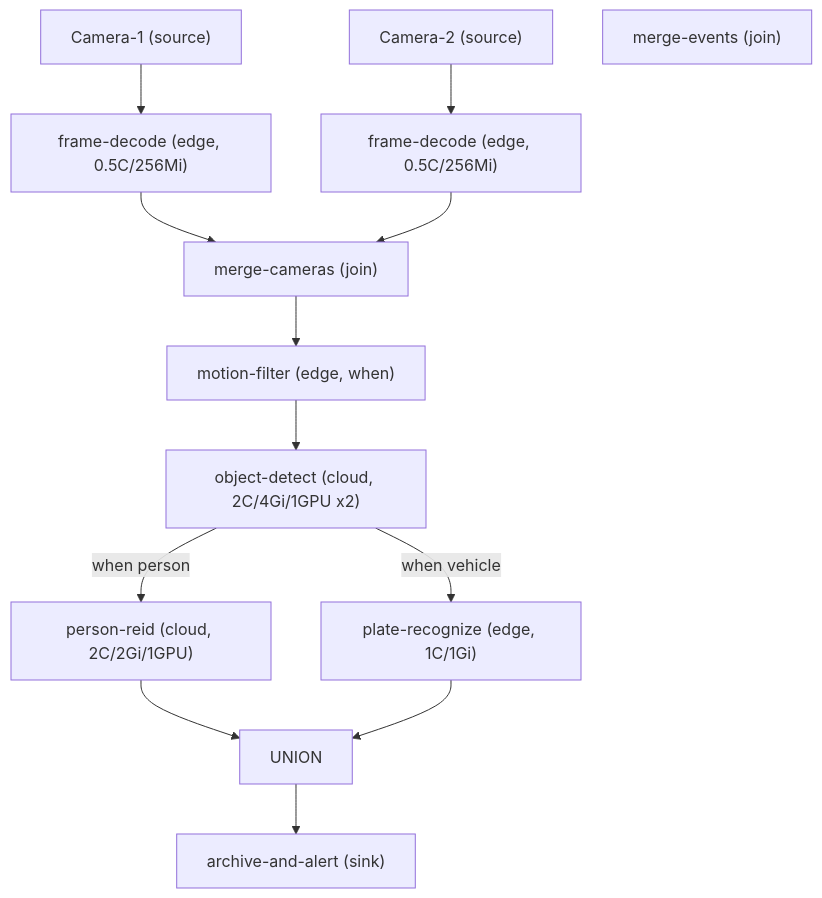
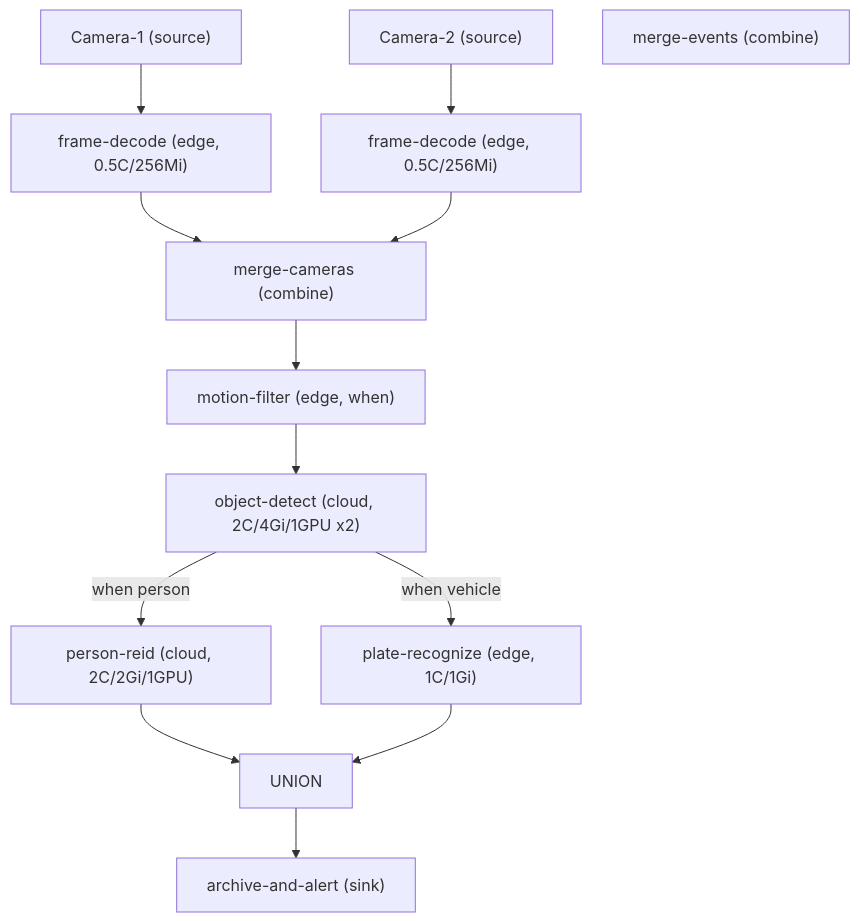
Before and after one commit to Kekwy/iarnet: the diagram in iarnet-example/README.md, drawn with Mermaid. The commit also changed other lines of this file and 21 other files, not shown here.

Commit message:
refactor: join -> combine

````diff
--- a/iarnet-example/README.md
+++ b/iarnet-example/README.md
@@ -15,26 +15,26 @@
 ```mermaid
 flowchart TD
     CAM1["Camera-1 (source)"]
     CAM2["Camera-2 (source)"]
     DEC1["frame-decode (edge, 0.5C/256Mi)"]
     DEC2["frame-decode (edge, 0.5C/256Mi)"]
-    MERGE["merge-cameras (join)"]
+    MERGE["merge-cameras (combine)"]
     MOTION["motion-filter (edge, when)"]
     DETECT["object-detect (cloud, 2C/4Gi/1GPU x2)"]
     PERSON["person-reid (cloud, 2C/2Gi/1GPU)"]
     VEHICLE["plate-recognize (edge, 1C/1Gi)"]
-    JOIN["merge-events (join)"]
+    COMBINE["merge-events (combine)"]
     SINK["archive-and-alert (sink)"]
 
     CAM1 --> DEC1
     CAM2 --> DEC2
     DEC1 --> MERGE
     DEC2 --> MERGE
     MERGE --> MOTION
     MOTION --> DETECT
     DETECT -->|when person| PERSON
     DETECT -->|when vehicle| VEHICLE
     PERSON --> UNION
     VEHICLE --> UNION
     UNION --> SINK
 ```
````
